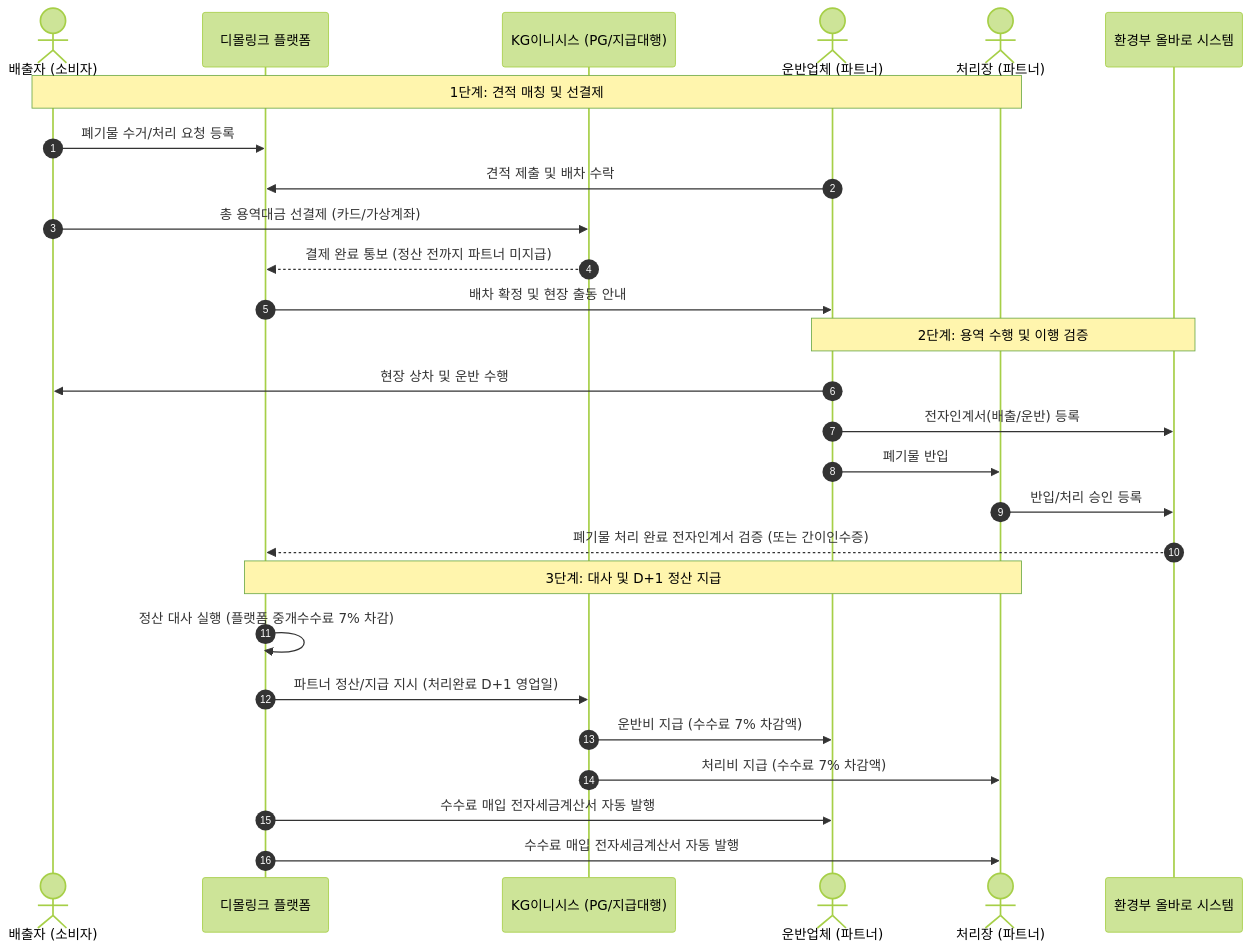
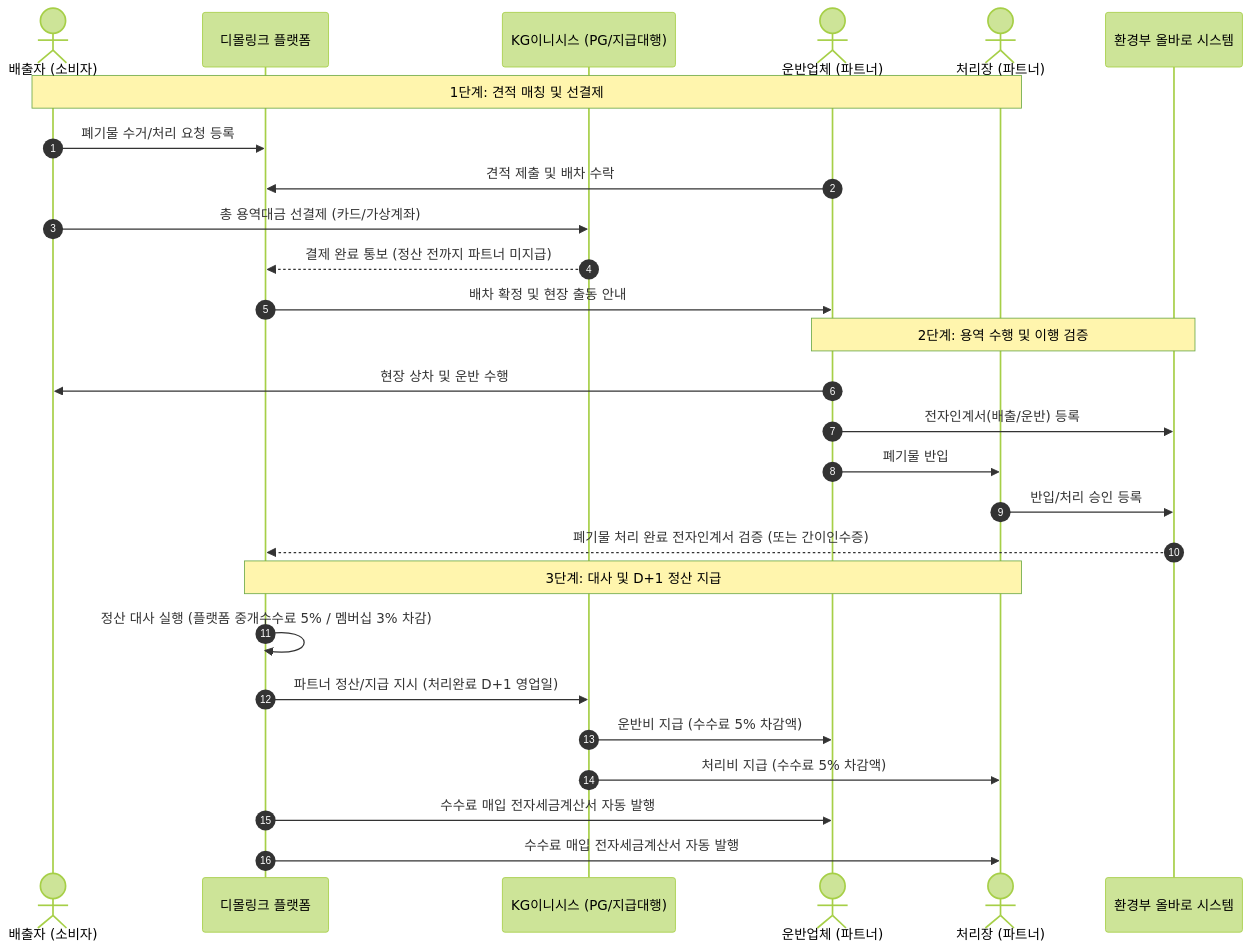
One commit to coalfire-create/dimollink changed the diagram in docs/pg-submission/이니시스_소명자료_답변서.md. Above: the diagram before and after it, drawn with Mermaid (forest theme). The commit also changed other lines of this file and 19 other files, not shown here.

First line of the commit message:
[Phase 6] 플랫폼 수수료 5%·멤버십 회원 3%로 인하

````diff
--- a/docs/pg-submission/이니시스_소명자료_답변서.md
+++ b/docs/pg-submission/이니시스_소명자료_답변서.md
@@ -29,32 +29,32 @@
 ```mermaid
 sequenceDiagram
     autonumber
     actor 배출자 as 배출자 (소비자)
     participant 플랫폼 as 디몰링크 플랫폼
     participant PG as KG이니시스 (PG/지급대행)
     actor 운반 as 운반업체 (파트너)
     actor 처리장 as 처리장 (파트너)
     participant 올바로 as 환경부 올바로 시스템
 
     Note over 배출자,처리장: 1단계: 견적 매칭 및 선결제
     배출자->>플랫폼: 폐기물 수거/처리 요청 등록
     운반->>플랫폼: 견적 제출 및 배차 수락
     배출자->>PG: 총 용역대금 선결제 (카드/가상계좌)
     PG-->>플랫폼: 결제 완료 통보 (정산 전까지 파트너 미지급)
     플랫폼->>운반: 배차 확정 및 현장 출동 안내
 
     Note over 운반,올바로: 2단계: 용역 수행 및 이행 검증
     운반->>배출자: 현장 상차 및 운반 수행
     운반->>올바로: 전자인계서(배출/운반) 등록
     운반->>처리장: 폐기물 반입
     처리장->>올바로: 반입/처리 승인 등록
     올바로-->>플랫폼: 폐기물 처리 완료 전자인계서 검증 (또는 간이인수증)
 
     Note over 플랫폼,처리장: 3단계: 대사 및 D+1 정산 지급
-    플랫폼->>플랫폼: 정산 대사 실행 (플랫폼 중개수수료 7% 차감)
+    플랫폼->>플랫폼: 정산 대사 실행 (플랫폼 중개수수료 5% / 멤버십 3% 차감)
     플랫폼->>PG: 파트너 정산/지급 지시 (처리완료 D+1 영업일)
-    PG->>운반: 운반비 지급 (수수료 7% 차감액)
-    PG->>처리장: 처리비 지급 (수수료 7% 차감액)
+    PG->>운반: 운반비 지급 (수수료 5% 차감액)
+    PG->>처리장: 처리비 지급 (수수료 5% 차감액)
     플랫폼->>운반: 수수료 매입 전자세금계산서 자동 발행
     플랫폼->>처리장: 수수료 매입 전자세금계산서 자동 발행
 ```
````
